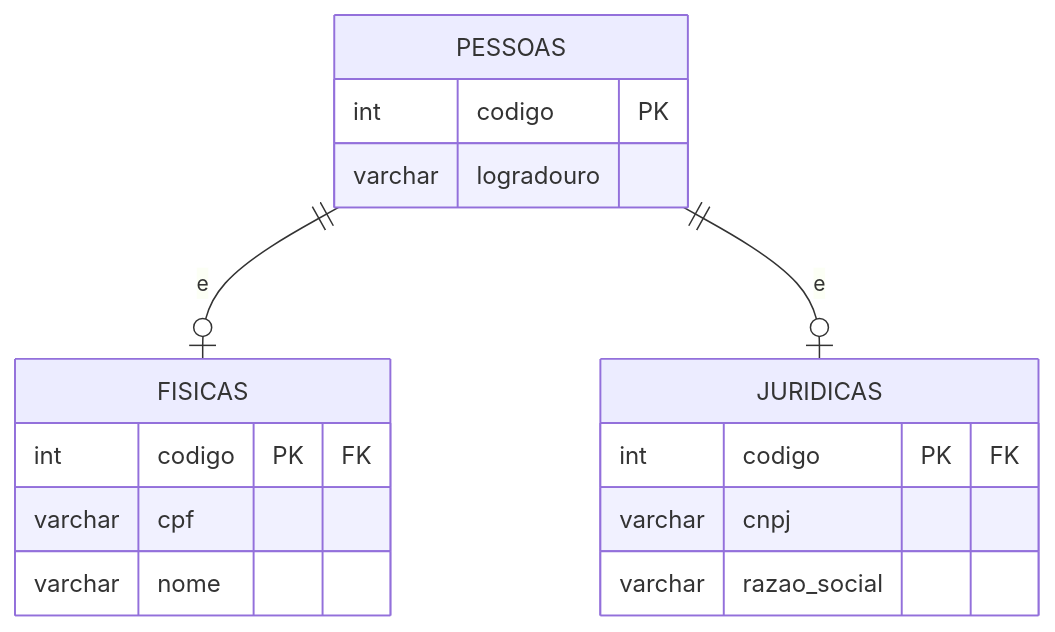
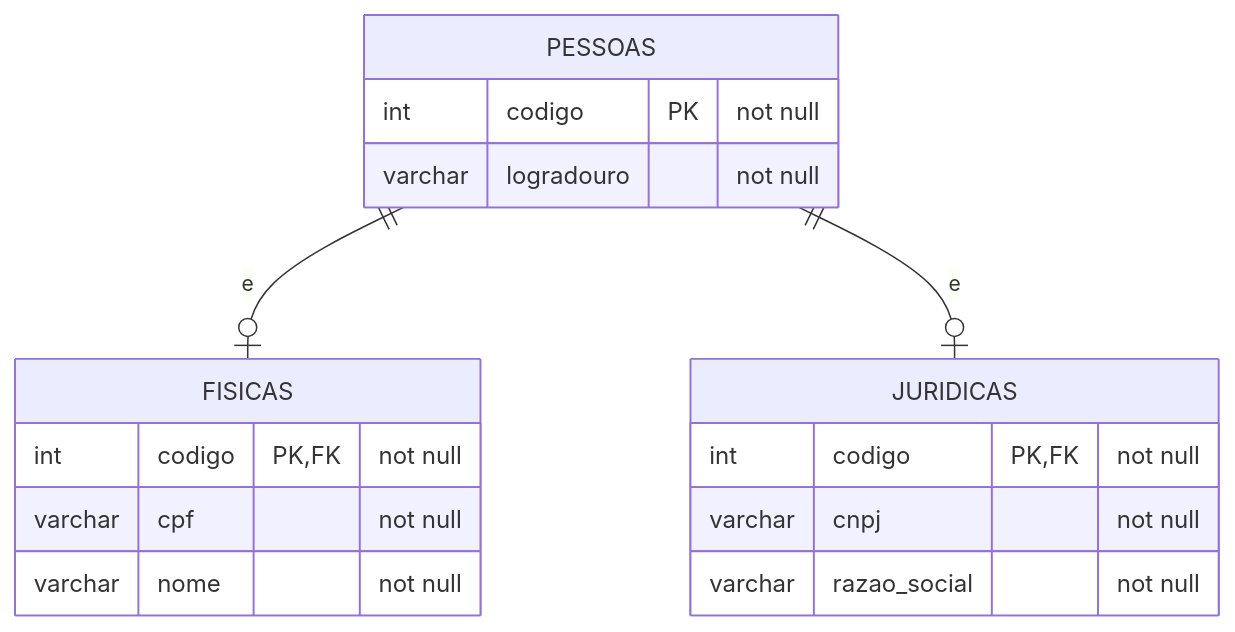
The diagram in unidades/04-modelagem/assets/tab-pessoa.mmd (howardroatti/banco-de-dados-faesa), drawn with Mermaid before and after one commit. The commit also changed 12 other files, not shown here.

Commit message:
Deck logico: nulabilidade (not null) nas tabelas, dicas SQL Power Architect e legenda crow's foot (da apresentacao do professor)

```diff
--- a/unidades/04-modelagem/assets/tab-pessoa.mmd
+++ b/unidades/04-modelagem/assets/tab-pessoa.mmd
@@ -1,17 +1,17 @@
 erDiagram
     PESSOAS ||--o| FISICAS : e
     PESSOAS ||--o| JURIDICAS : e
     PESSOAS {
-        int codigo PK
-        varchar logradouro
+        int codigo PK "not null"
+        varchar logradouro "not null"
     }
     FISICAS {
-        int codigo PK "FK"
-        varchar cpf
-        varchar nome
+        int codigo PK,FK "not null"
+        varchar cpf "not null"
+        varchar nome "not null"
     }
     JURIDICAS {
-        int codigo PK "FK"
-        varchar cnpj
-        varchar razao_social
+        int codigo PK,FK "not null"
+        varchar cnpj "not null"
+        varchar razao_social "not null"
     }
```
